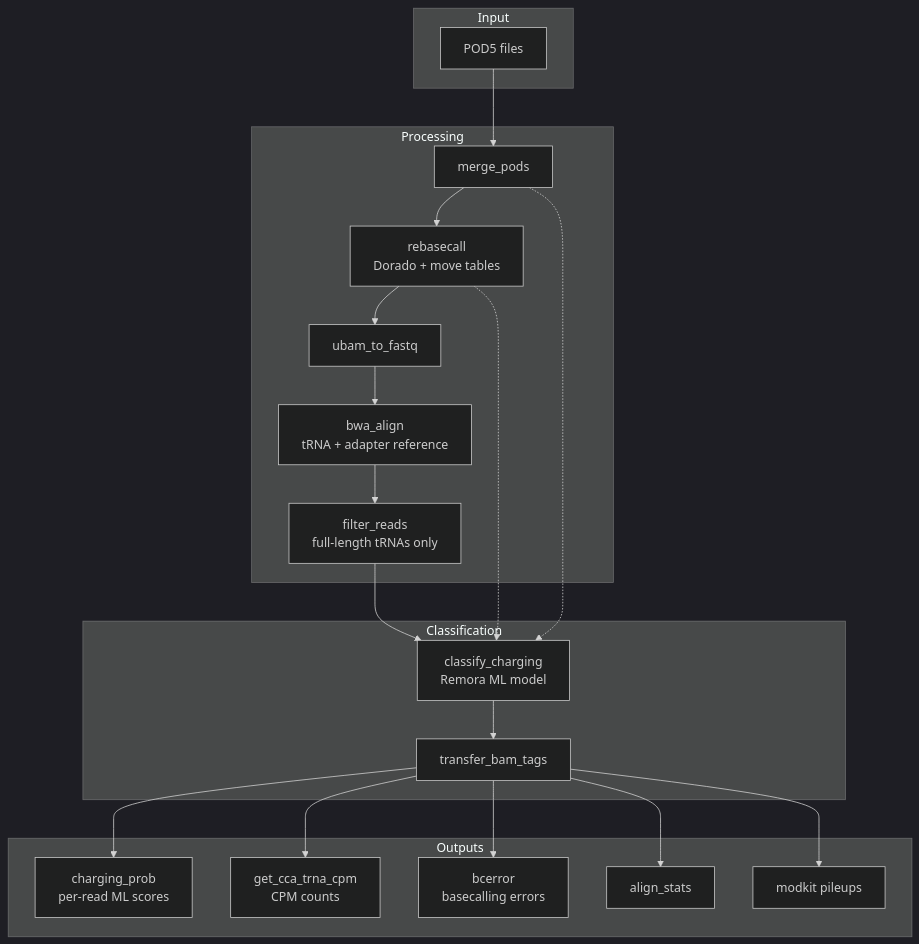
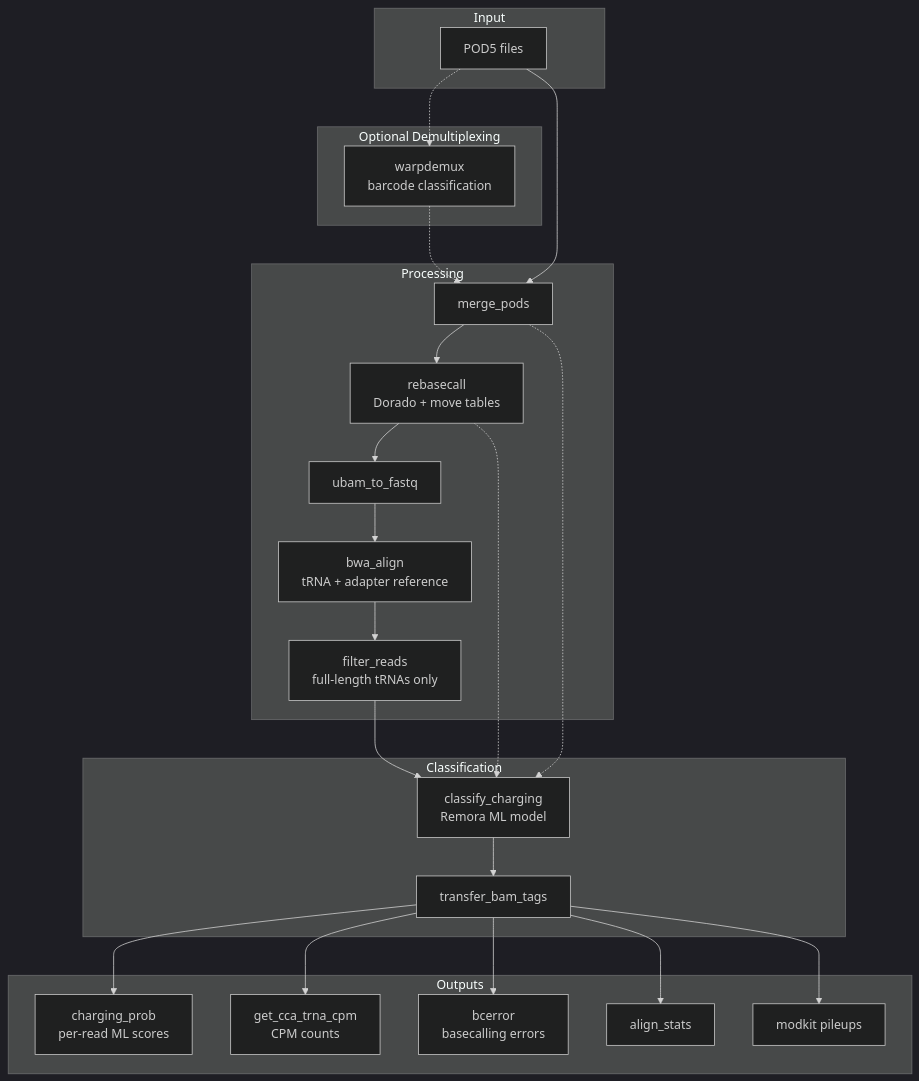
The diagram in README.md (rnabioco/aa-tRNA-seq-pipeline), drawn with Mermaid (dark theme) before and after one commit. The commit also changed other lines of this file and 1 other file, not shown here.

First line of the commit message:
docs: document WarpDemuX demultiplexing in READMEs

````diff
--- a/README.md
+++ b/README.md
@@ -50,30 +96,36 @@
 ```mermaid
 flowchart TD
     subgraph Input
         POD5[POD5 files]
+    end
+
+    subgraph Demux [Optional Demultiplexing]
+        W[warpdemux<br/>barcode classification]
     end
 
     subgraph Processing
         A[merge_pods] --> B[rebasecall<br/>Dorado + move tables]
         B --> C[ubam_to_fastq]
         C --> D[bwa_align<br/>tRNA + adapter reference]
         D --> E[filter_reads<br/>full-length tRNAs only]
     end
 
     subgraph Classification
         E --> F[classify_charging<br/>Remora ML model]
         B -.-> F
         A -.-> F
         F --> G[transfer_bam_tags]
     end
 
     subgraph Outputs
         G --> H[charging_prob<br/>per-read ML scores]
         G --> I[get_cca_trna_cpm<br/>CPM counts]
         G --> J[bcerror<br/>basecalling errors]
         G --> K[align_stats]
         G --> L[modkit pileups]
     end
 
+    POD5 -.-> W
+    W -.-> A
     POD5 --> A
 ```
````
